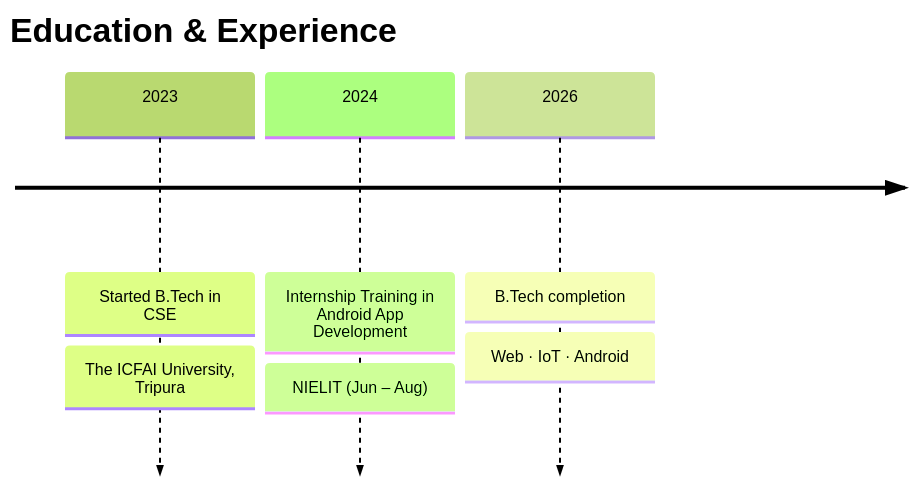
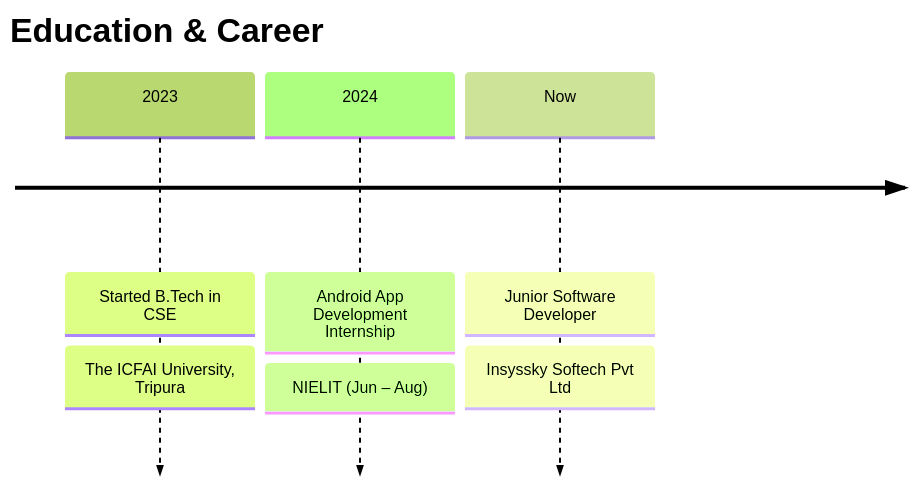
The second of 2 diagrams in README.md (emphaticHarp/emphaticHarp), drawn with Mermaid (forest theme) before and after one commit. The commit also changed other lines of this file, not shown here.

````diff
--- a/README.md
+++ b/README.md
@@ -190,7 +218,7 @@
 ```mermaid
 timeline
-    title Education & Experience
+    title Education & Career
     2023 : Started B.Tech in CSE : The ICFAI University, Tripura
-    2024 : Internship Training in Android App Development : NIELIT (Jun – Aug)
-    2026 : B.Tech completion : Web · IoT · Android
+    2024 : Android App Development Internship : NIELIT (Jun – Aug)
+    Now : Junior Software Developer : Insyssky Softech Pvt Ltd
 ```
````
